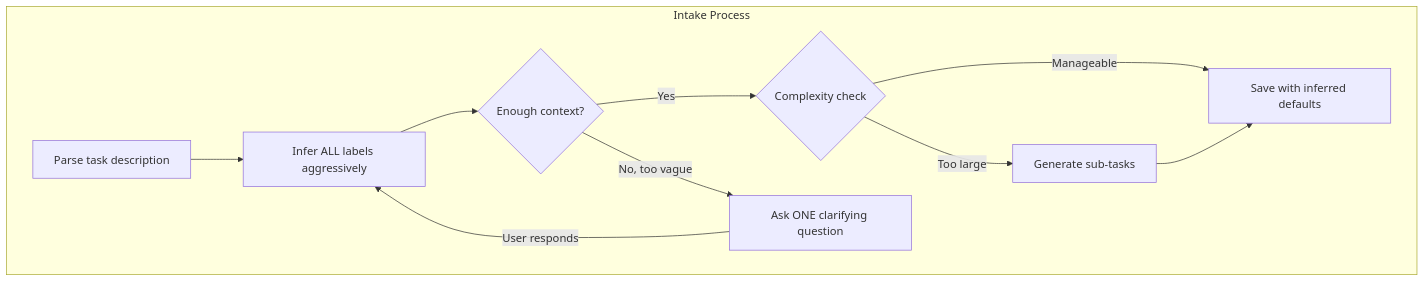
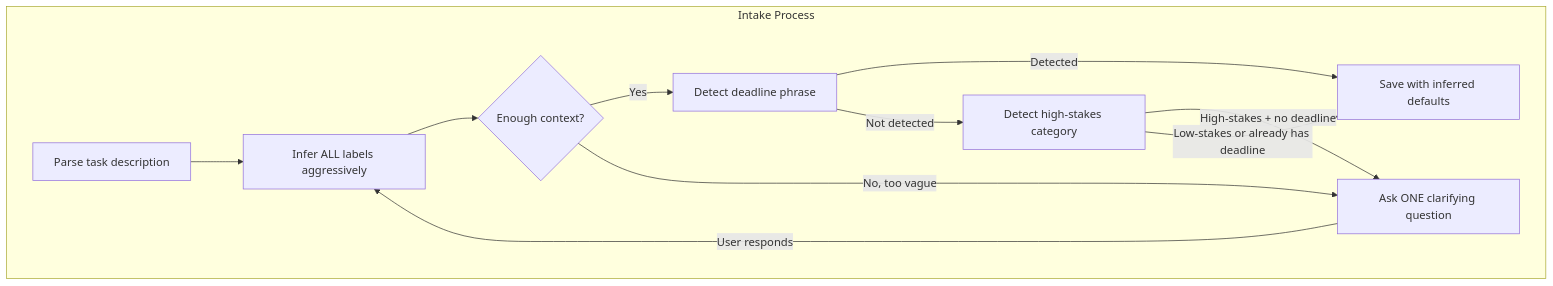
The first of 3 diagrams in docs/ai-prompts/intake.md (NickBorgersProbably/hide-my-list), drawn with Mermaid before and after one commit. The commit also changed other lines of this file and 21 other files, not shown here.

````diff
--- a/docs/ai-prompts/intake.md
+++ b/docs/ai-prompts/intake.md
@@ -7,21 +7,22 @@
 ```mermaid
 flowchart TD
     subgraph Process["Intake Process"]
         Parse[Parse task description]
         Infer[Infer ALL labels aggressively]
         Sufficient{Enough context?}
         Clarify[Ask ONE clarifying question]
-        Complexity{Complexity check}
-        Breakdown[Generate sub-tasks]
+        Deadline[Detect deadline phrase]
+        Stakes[Detect high-stakes category]
         Save[Save with inferred defaults]
     end
 
     Parse --> Infer
     Infer --> Sufficient
-    Sufficient -->|Yes| Complexity
+    Sufficient -->|Yes| Deadline
     Sufficient -->|No, too vague| Clarify
     Clarify -->|User responds| Infer
-    Complexity -->|Too large| Breakdown
-    Complexity -->|Manageable| Save
-    Breakdown --> Save
+    Deadline -->|Detected| Save
+    Deadline -->|Not detected| Stakes
+    Stakes -->|High-stakes + no deadline| Clarify
+    Stakes -->|Low-stakes or already has deadline| Save
 ```
````
